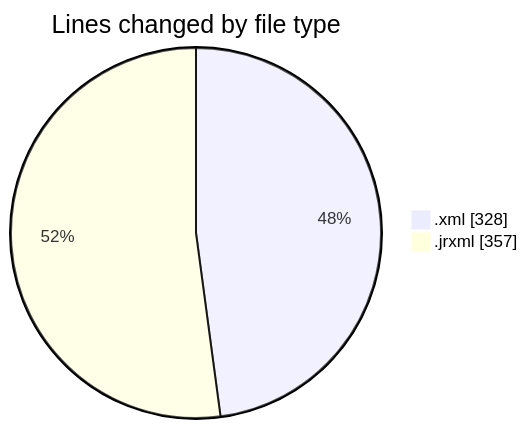
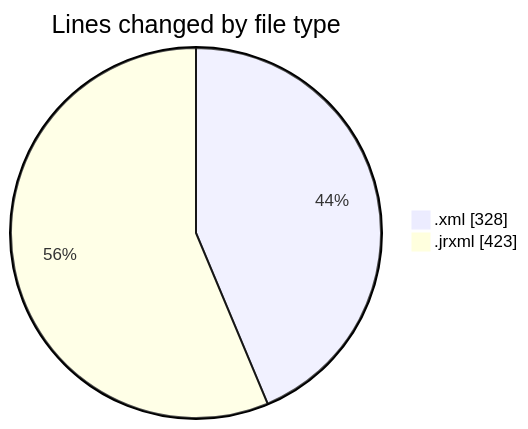
One commit to ricardozamudiocil/code-tracking changed the first of 2 diagrams in 2026-06-29/cilreports/README.md. Above: the diagram before and after it, drawn with Mermaid. The commit also changed other lines of this file and 1 other file, not shown here.

````diff
--- a/2026-06-29/cilreports/README.md
+++ b/2026-06-29/cilreports/README.md
@@ -21,6 +21,6 @@
 ```mermaid
 pie showData
 title Lines changed by file type
 ".xml" : 328
-".jrxml" : 357
+".jrxml" : 423
 ```
````
